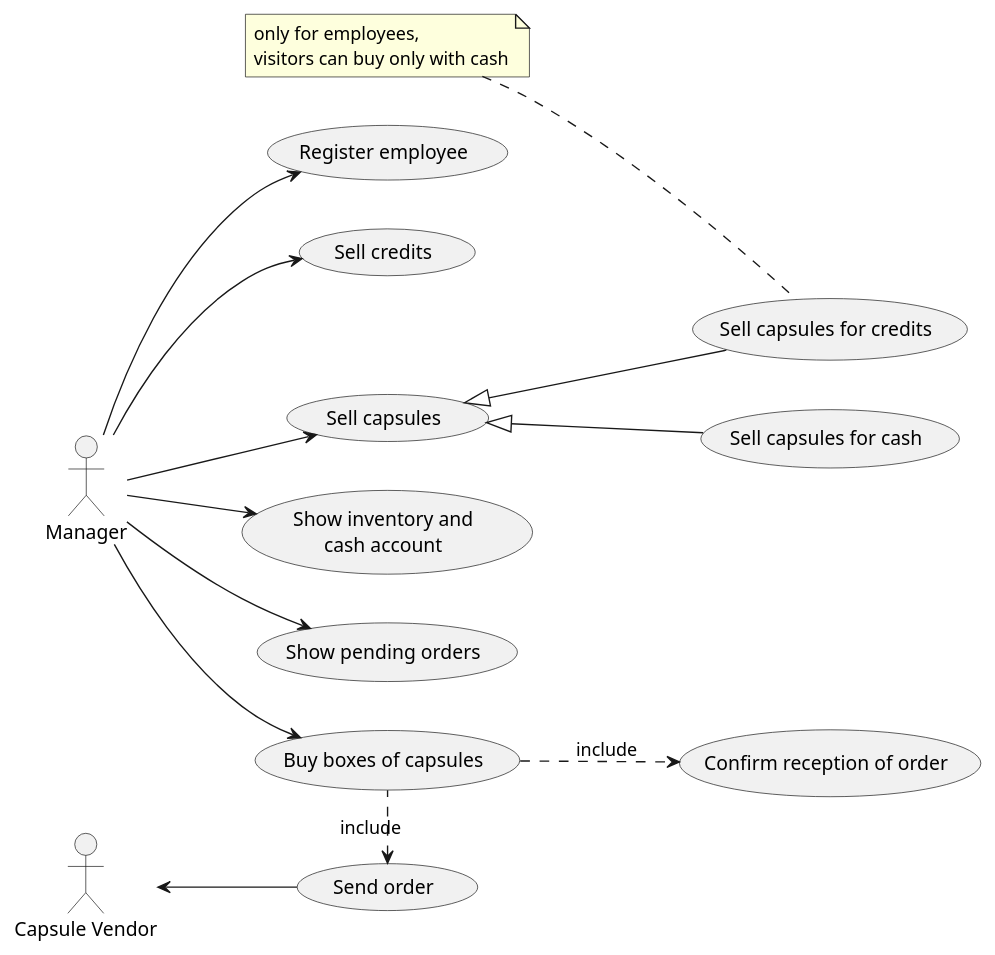
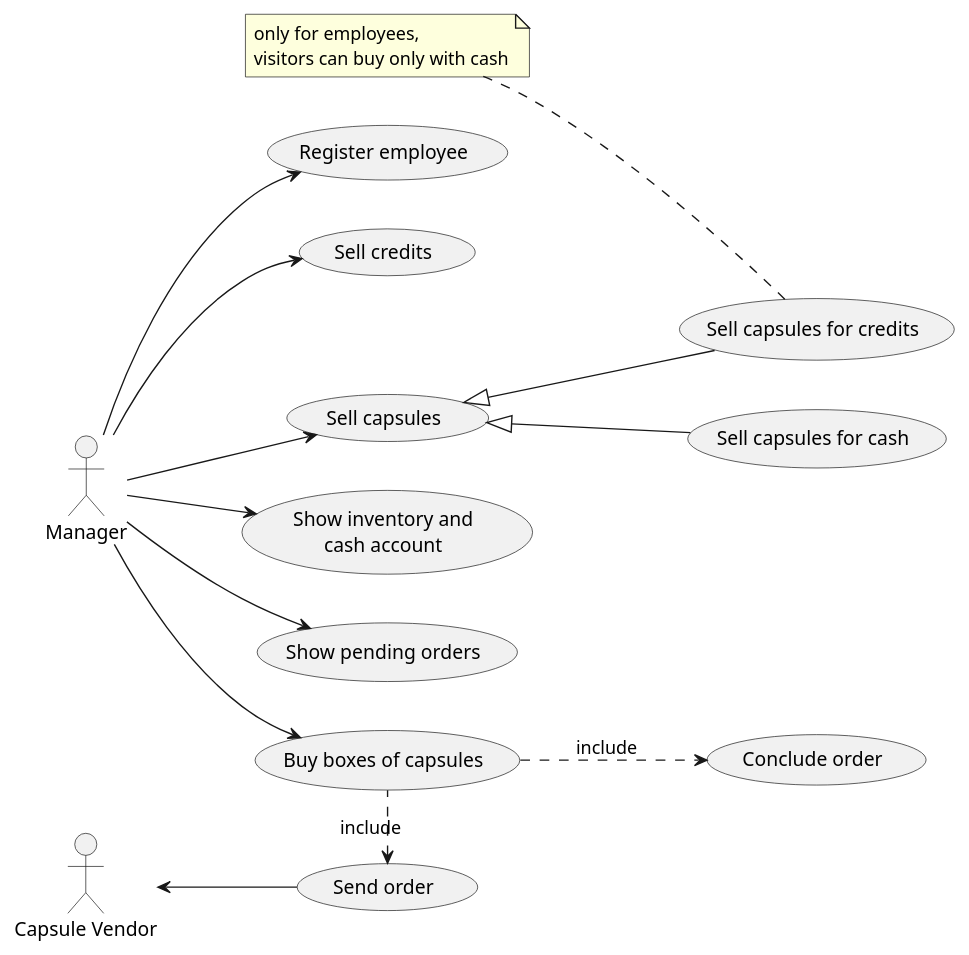
Before and after one commit to eloparco/LaTazza: the second of 4 diagrams in requirements.md, drawn with PlantUML.

Commit message:
Update use case diagram: substitute 'confirm order' with 'conclude order'

````diff
--- a/requirements.md
+++ b/requirements.md
@@ -146,36 +146,36 @@
 ```plantuml
 left to right direction
 
 :Manager: as m
 :Capsule Vendor: as ccv
 
 (Register employee) as re
 together {
 	(Sell capsules) as sca
 	(Sell capsules for credits) as sca1
 	(Sell capsules for cash) as sca2
 }
 together {
 	(Buy boxes of capsules) as bbc
 	(Send order) as so
-	(Confirm reception of order) as cro
+	(Conclude order) as co
 }
 (Sell credits) as scr
 (Show inventory and\ncash account) as sica
 (Show pending orders) as spo
 
 m --> re
 m --> sca
 m --> bbc
 ccv <-- so
 m --> scr
 m --> sica
 m --> spo
 
 sca <|-- sca1
 sca <|-- sca2
 so <. bbc : include
-bbc ..> cro : include
+bbc ..> co : include
 
 note left of sca1 : only for employees,\nvisitors can buy only with cash
 ```
````
